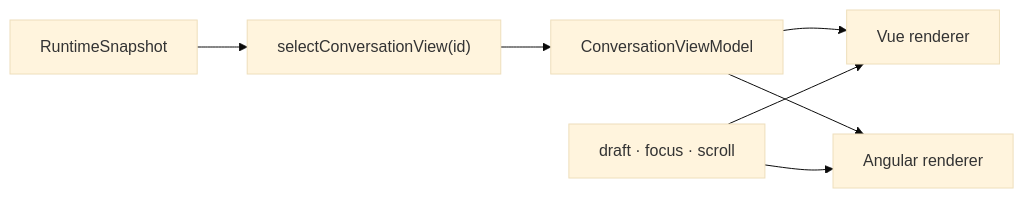
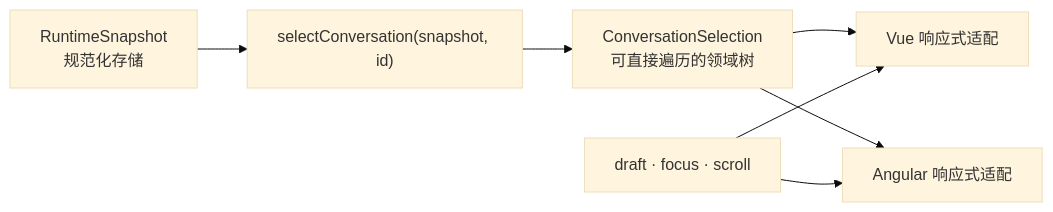
The third of 3 diagrams in docs-next/src/concepts/snapshot-and-domain-model.md (gene9831/tiny-robot), drawn with Mermaid (base theme) before and after one commit. The commit also changed other lines of this file and 49 other files, not shown here.

````diff
--- a/docs-next/src/concepts/snapshot-and-domain-model.md
+++ b/docs-next/src/concepts/snapshot-and-domain-model.md
@@ -175,10 +175,10 @@
 ```mermaid
 flowchart LR
-  Snapshot["RuntimeSnapshot"] --> Selector["selectConversationView(id)"]
-  Selector --> VM["ConversationViewModel"]
-  VM --> Vue["Vue renderer"]
-  VM --> Angular["Angular renderer"]
+  Snapshot["RuntimeSnapshot<br/>规范化存储"] --> Selector["selectConversation(snapshot, id)"]
+  Selector --> Selection["ConversationSelection<br/>可直接遍历的领域树"]
+  Selection --> Vue["Vue 响应式适配"]
+  Selection --> Angular["Angular 响应式适配"]
 
   UIState["draft · focus · scroll"] --> Vue
   UIState --> Angular
 ```
````
